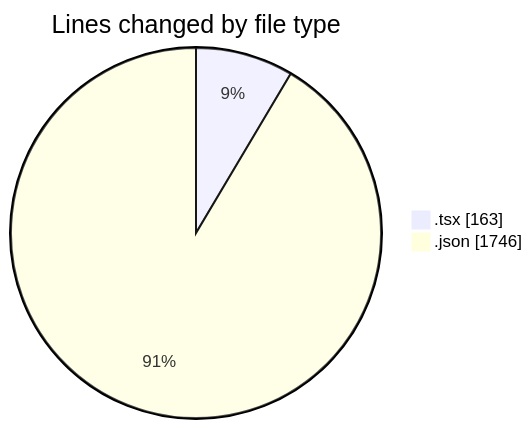
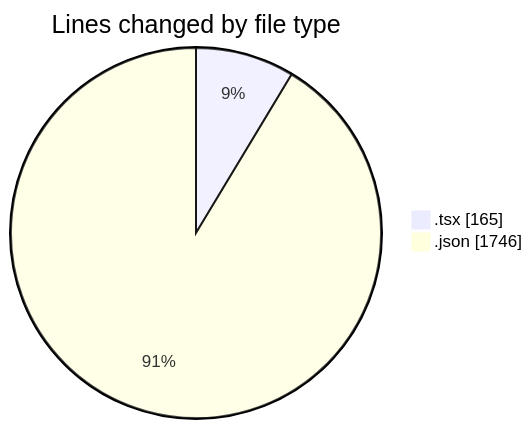
Before and after one commit to julien-gomy/code-tracking: the first of 2 diagrams in 2025-10-30/eventscop-frontend-guide__workspace_/README.md, drawn with Mermaid. The commit also changed other lines of this file and 1 other file, not shown here.

````diff
--- a/2025-10-30/eventscop-frontend-guide__workspace_/README.md
+++ b/2025-10-30/eventscop-frontend-guide__workspace_/README.md
@@ -22,6 +22,6 @@
 ```mermaid
 pie showData
 title Lines changed by file type
-".tsx" : 163
+".tsx" : 165
 ".json" : 1746
 ```
````
